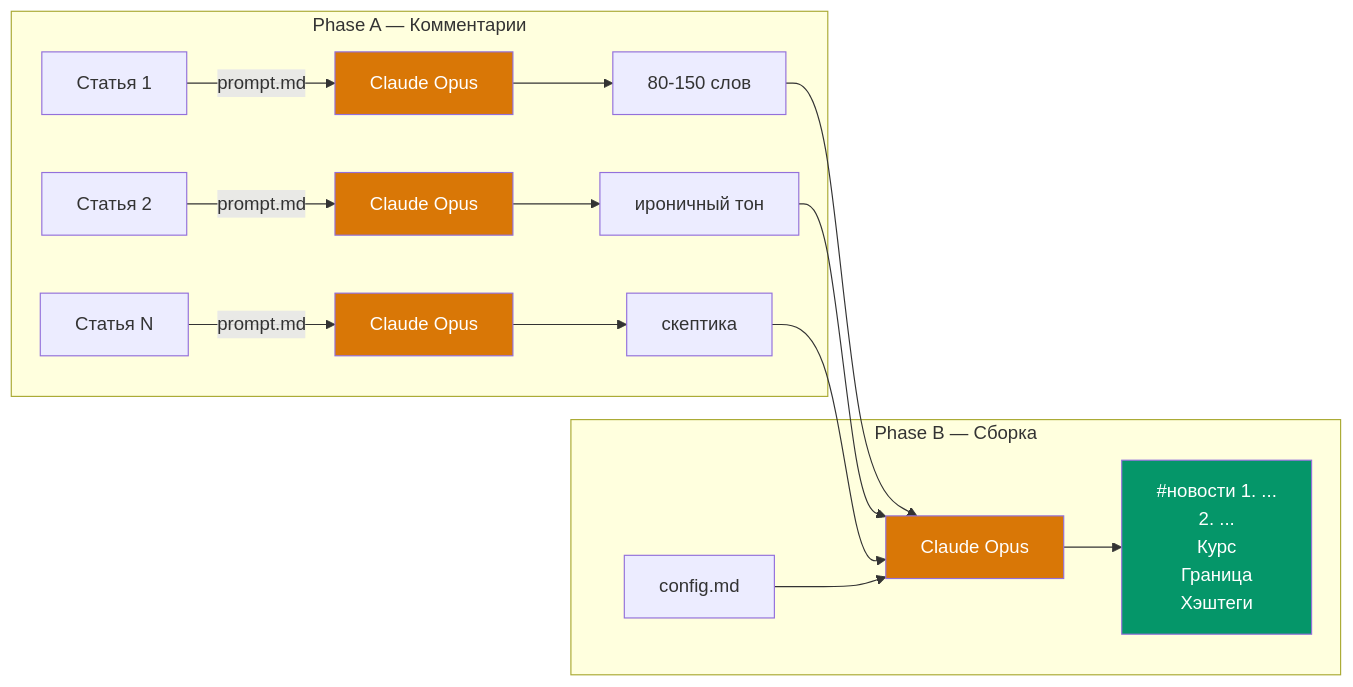
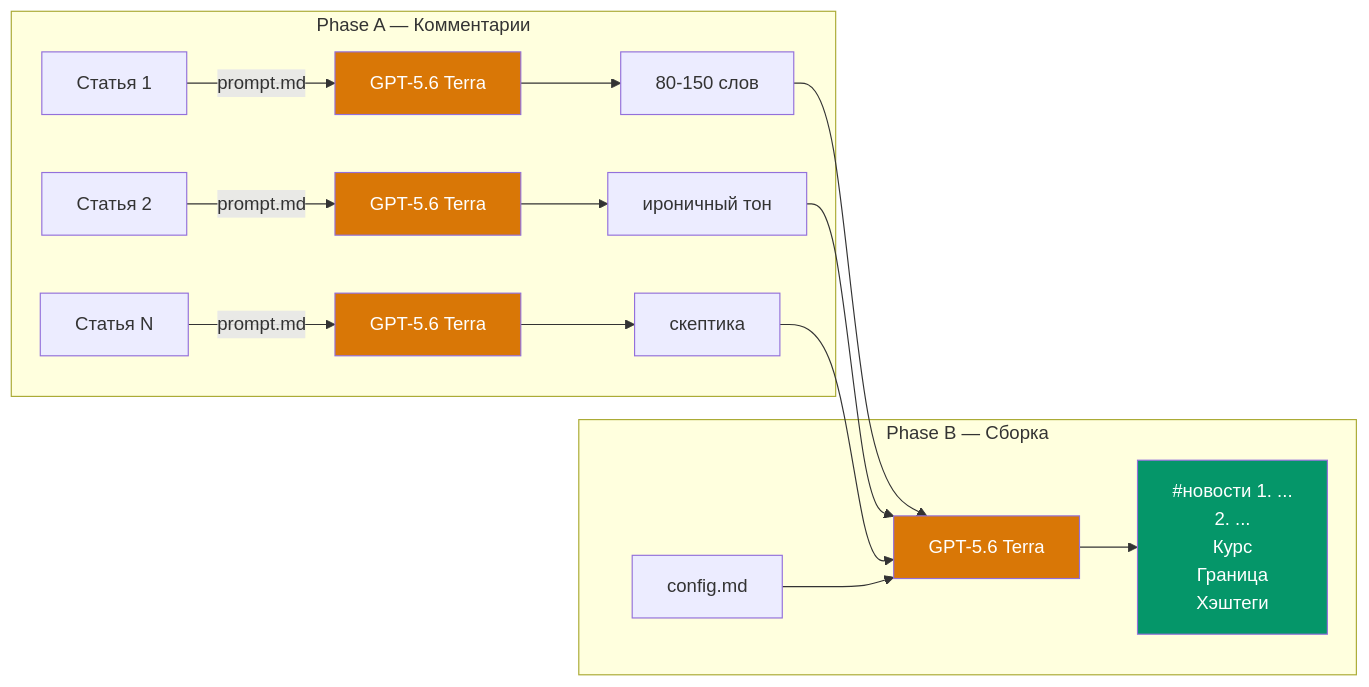
The second of 2 diagrams in README.md (theghostbrief/news), drawn with Mermaid before and after one commit. The commit also changed other lines of this file and 9 other files, not shown here.

````diff
--- a/README.md
+++ b/README.md
@@ -155,25 +184,25 @@
 ```mermaid
 flowchart LR
     subgraph "Phase A — Комментарии"
-        A1[Статья 1] -->|prompt.md| C1[Claude Opus]
-        A2[Статья 2] -->|prompt.md| C2[Claude Opus]
-        A3[Статья N] -->|prompt.md| C3[Claude Opus]
+        A1[Статья 1] -->|prompt.md| C1[GPT-5.6 Terra]
+        A2[Статья 2] -->|prompt.md| C2[GPT-5.6 Terra]
+        A3[Статья N] -->|prompt.md| C3[GPT-5.6 Terra]
         C1 --> R1[80-150 слов]
         C2 --> R2[ироничный тон]
         C3 --> R3[скептика]
     end
 
     subgraph "Phase B — Сборка"
-        R1 --> ASM[Claude Opus]
+        R1 --> ASM[GPT-5.6 Terra]
         R2 --> ASM
         R3 --> ASM
         CFG[config.md] --> ASM
         ASM --> DIGEST["#новости  1. ...<br/>2. ...<br/>Курс<br/>Граница<br/>Хэштеги"]
     end
 
     style C1 fill:#d97706,color:#fff
     style C2 fill:#d97706,color:#fff
     style C3 fill:#d97706,color:#fff
     style ASM fill:#d97706,color:#fff
     style DIGEST fill:#059669,color:#fff
 ```
````
